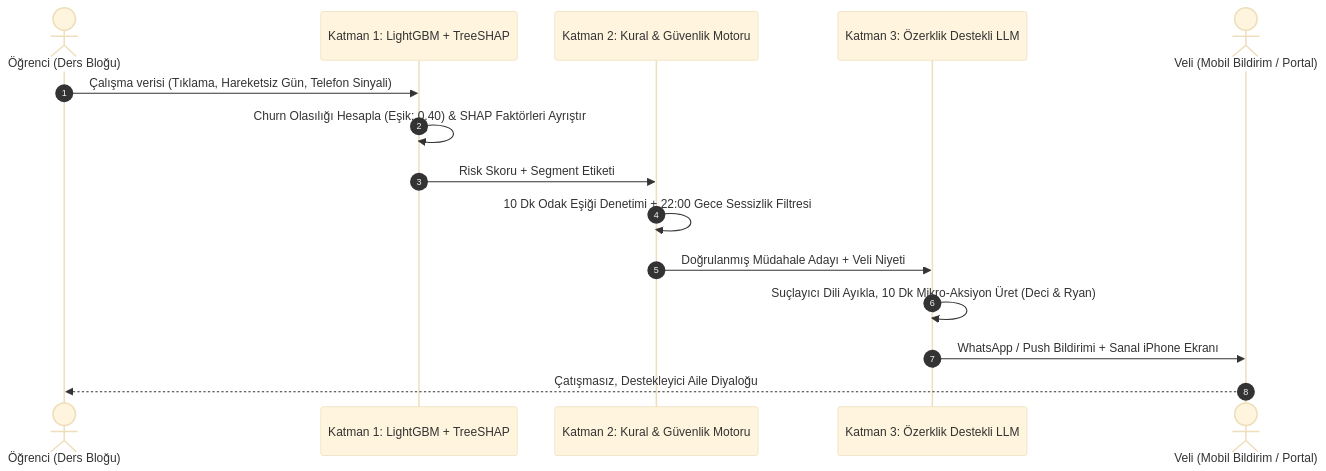
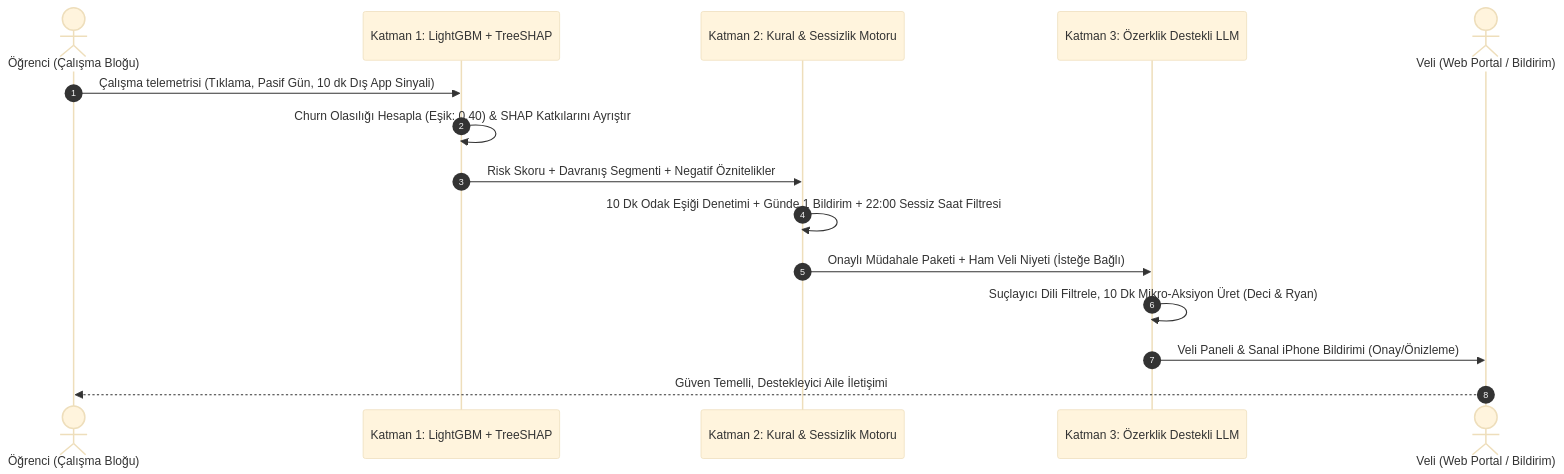
Before and after one commit to edasaruhan/SIC_AI_-17_Capstone_Group_1: the second of 2 diagrams in README.md, drawn with Mermaid (base theme). The commit also changed other lines of this file, not shown here.

Commit message:
docs: elevate README to world-class standard with marketing KPIs, architecture diagrams, and submission links

````diff
--- a/README.md
+++ b/README.md
@@ -113,18 +187,18 @@
 ```mermaid
 sequenceDiagram
     autonumber
-    actor S as Öğrenci (Ders Bloğu)
+    actor S as Öğrenci (Çalışma Bloğu)
     participant ML as Katman 1: LightGBM + TreeSHAP
-    participant RE as Katman 2: Kural & Güvenlik Motoru
+    participant RE as Katman 2: Kural & Sessizlik Motoru
     participant LLM as Katman 3: Özerklik Destekli LLM
-    actor P as Veli (Mobil Bildirim / Portal)
+    actor P as Veli (Web Portal / Bildirim)
 
-    S->>ML: Çalışma verisi (Tıklama, Hareketsiz Gün, Telefon Sinyali)
-    ML->>ML: Churn Olasılığı Hesapla (Eşik: 0.40) & SHAP Faktörleri Ayrıştır
-    ML->>RE: Risk Skoru + Segment Etiketi
-    RE->>RE: 10 Dk Odak Eşiği Denetimi + 22:00 Gece Sessizlik Filtresi
-    RE->>LLM: Doğrulanmış Müdahale Adayı + Veli Niyeti
-    LLM->>LLM: Suçlayıcı Dili Ayıkla, 10 Dk Mikro-Aksiyon Üret (Deci & Ryan)
-    LLM->>P: WhatsApp / Push Bildirimi + Sanal iPhone Ekranı
-    P-->>S: Çatışmasız, Destekleyici Aile Diyaloğu
+    S->>ML: Çalışma telemetrisi (Tıklama, Pasif Gün, 10 dk Dış App Sinyali)
+    ML->>ML: Churn Olasılığı Hesapla (Eşik: 0.40) & SHAP Katkılarını Ayrıştır
+    ML->>RE: Risk Skoru + Davranış Segmenti + Negatif Öznitelikler
+    RE->>RE: 10 Dk Odak Eşiği Denetimi + Günde 1 Bildirim + 22:00 Sessiz Saat Filtresi
+    RE->>LLM: Onaylı Müdahale Paketi + Ham Veli Niyeti (İsteğe Bağlı)
+    LLM->>LLM: Suçlayıcı Dili Filtrele, 10 Dk Mikro-Aksiyon Üret (Deci & Ryan)
+    LLM->>P: Veli Paneli & Sanal iPhone Bildirimi (Onay/Önizleme)
+    P-->>S: Güven Temelli, Destekleyici Aile İletişimi
 ```
````
